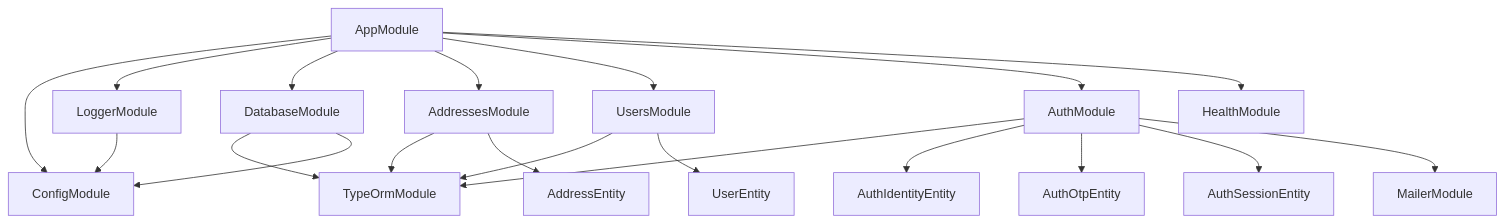
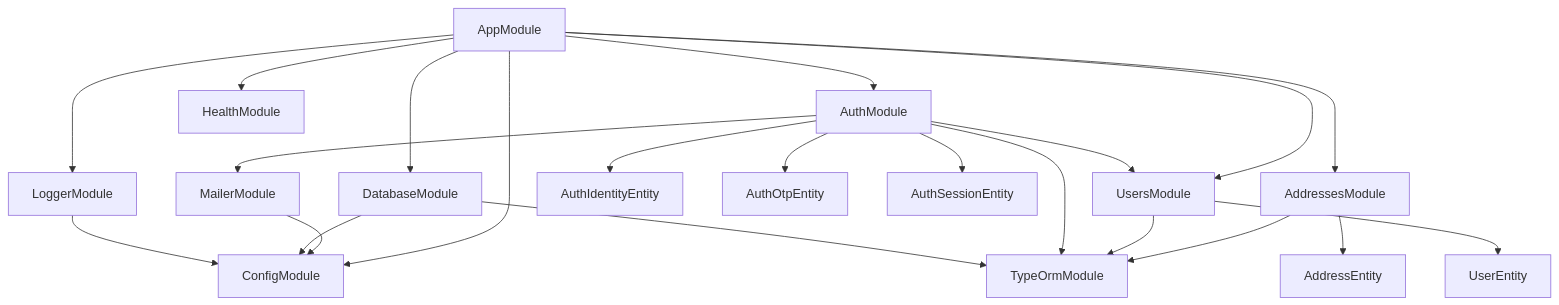
Before and after one commit to chepuhasasha/local: the first of 2 diagrams in docs/architecture/module-map.md, drawn with Mermaid. The commit also changed other lines of this file and 4 other files, not shown here.

````diff
--- a/docs/architecture/module-map.md
+++ b/docs/architecture/module-map.md
@@ -11,27 +11,30 @@
 ```mermaid
 graph TD
   AppModule --> ConfigModule
   AppModule --> LoggerModule
   AppModule --> DatabaseModule
   AppModule --> AddressesModule
   AppModule --> UsersModule
   AppModule --> AuthModule
   AppModule --> HealthModule
 
   AddressesModule --> TypeOrmModule
   AddressesModule --> AddressEntity
 
   UsersModule --> TypeOrmModule
   UsersModule --> UserEntity
 
   AuthModule --> TypeOrmModule
+  AuthModule --> UsersModule
   AuthModule --> AuthIdentityEntity
   AuthModule --> AuthOtpEntity
   AuthModule --> AuthSessionEntity
   AuthModule --> MailerModule
+
+  MailerModule --> ConfigModule
 
   DatabaseModule --> TypeOrmModule
   DatabaseModule --> ConfigModule
 
   LoggerModule --> ConfigModule
 ```
````
